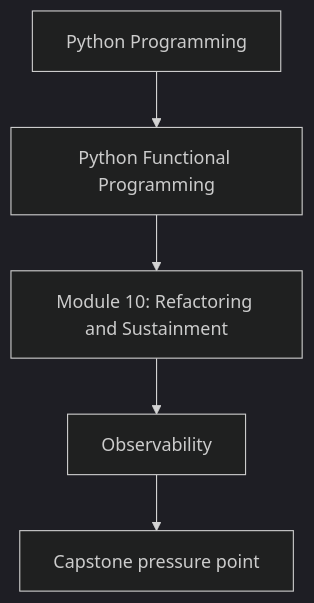
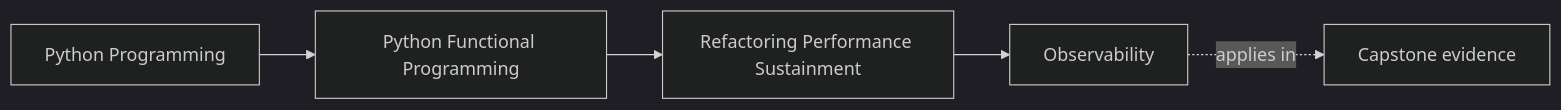
The first of 2 diagrams in programs/python-programming/python-functional-programming/course-book/module-10-refactoring-performance-sustainment/observability.md (bijux/bijux-masterclass), drawn with Mermaid (dark theme) before and after one commit. The commit also changed other lines of this file and 108 other files, not shown here.

Commit message:
docs(python-functional-programming): map capstone and advanced design surfaces

````diff
--- a/programs/python-programming/python-functional-programming/course-book/module-10-refactoring-performance-sustainment/observability.md
+++ b/programs/python-programming/python-functional-programming/course-book/module-10-refactoring-performance-sustainment/observability.md
@@ -7,7 +7,11 @@
 ```mermaid
-flowchart TD
-  family["Python Programming"] --> program["Python Functional Programming"]
-  program --> module["Module 10: Refactoring and Sustainment"]
-  module --> concept["Observability"]
-  concept --> capstone["Capstone pressure point"]
+graph LR
+  family["Python Programming"]
+  program["Python Functional Programming"]
+  section["Refactoring Performance Sustainment"]
+  page["Observability"]
+  capstone["Capstone evidence"]
+
+  family --> program --> section --> page
+  page -.applies in.-> capstone
 ```
````
